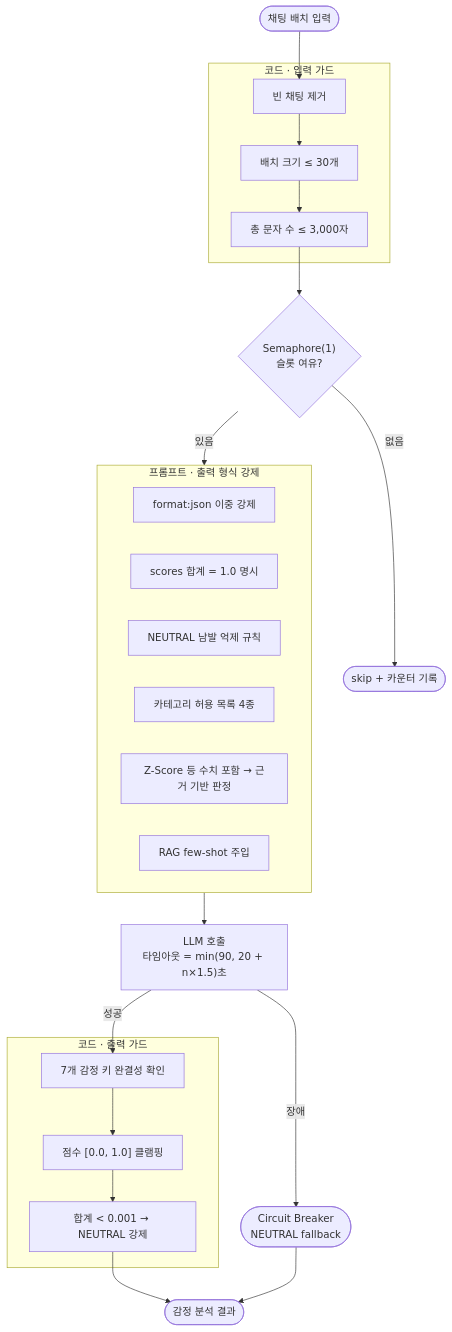
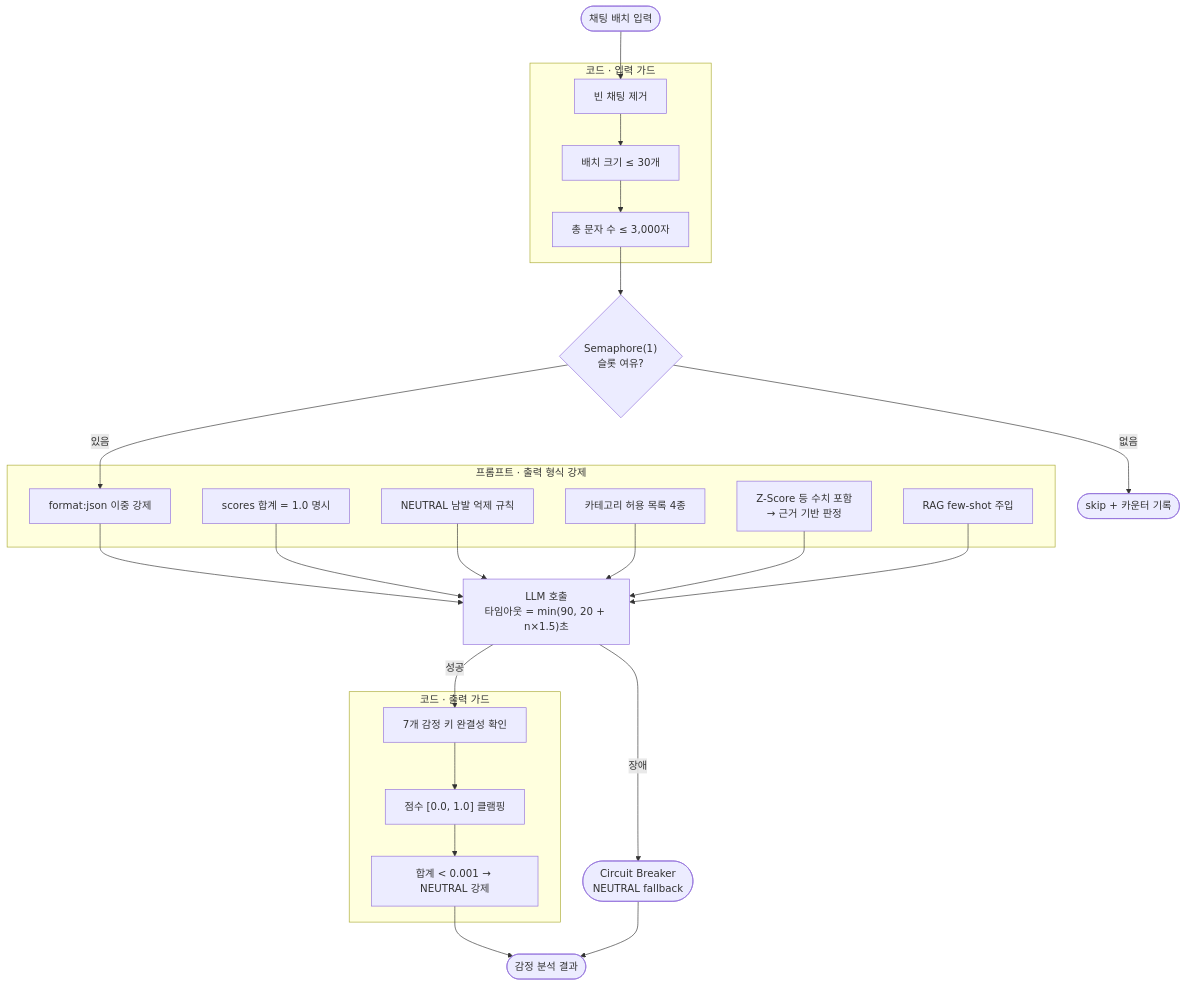
The diagram in README.md (oneul0/Project-neul), drawn with Mermaid before and after one commit.

Commit message:
fix: Mermaid 다이어그램 서브그래프 엣지 연결 방식 수정
서브그래프 ID를 직접 엣지로 연결하던 방식을
내부 노드 명시 참조 방식으로 변경해 렌더링 안정성 확보.

````diff
--- a/README.md
+++ b/README.md
@@ -95,34 +95,34 @@
 ```mermaid
 flowchart TD
     Start([채팅 배치 입력]) --> I1
 
     subgraph CODE_IN ["코드 · 입력 가드"]
         I1[빈 채팅 제거] --> I2["배치 크기 ≤ 30개"]
         I2 --> I3["총 문자 수 ≤ 3,000자"]
     end
 
     I3 --> SEM{"Semaphore(1)\n슬롯 여유?"}
     SEM -- "없음" --> SKIP([skip + 카운터 기록])
-    SEM -- "있음" --> PROMPT
+    SEM -- "있음" --> P1
 
     subgraph PROMPT ["프롬프트 · 출력 형식 강제"]
         P1["format:json 이중 강제"]
         P2["scores 합계 = 1.0 명시"]
         P3["NEUTRAL 남발 억제 규칙"]
         P4["카테고리 허용 목록 4종"]
-        P5["Z-Score 등 수치 포함 → 근거 기반 판정"]
+        P5["Z-Score 등 수치 포함\n→ 근거 기반 판정"]
         P6["RAG few-shot 주입"]
     end
 
-    PROMPT --> LLM["LLM 호출\n타임아웃 = min(90, 20 + n×1.5)초"]
+    P1 & P2 & P3 & P4 & P5 & P6 --> LLM["LLM 호출\n타임아웃 = min(90, 20 + n×1.5)초"]
     LLM -- "장애" --> CB(["Circuit Breaker\nNEUTRAL fallback"])
     LLM -- "성공" --> O1
 
     subgraph CODE_OUT ["코드 · 출력 가드"]
         O1["7개 감정 키 완결성 확인"] --> O2["점수 [0.0, 1.0] 클램핑"]
         O2 --> O3["합계 < 0.001 → NEUTRAL 강제"]
     end
 
     O3 --> Result([감정 분석 결과])
     CB --> Result
 ```
````
